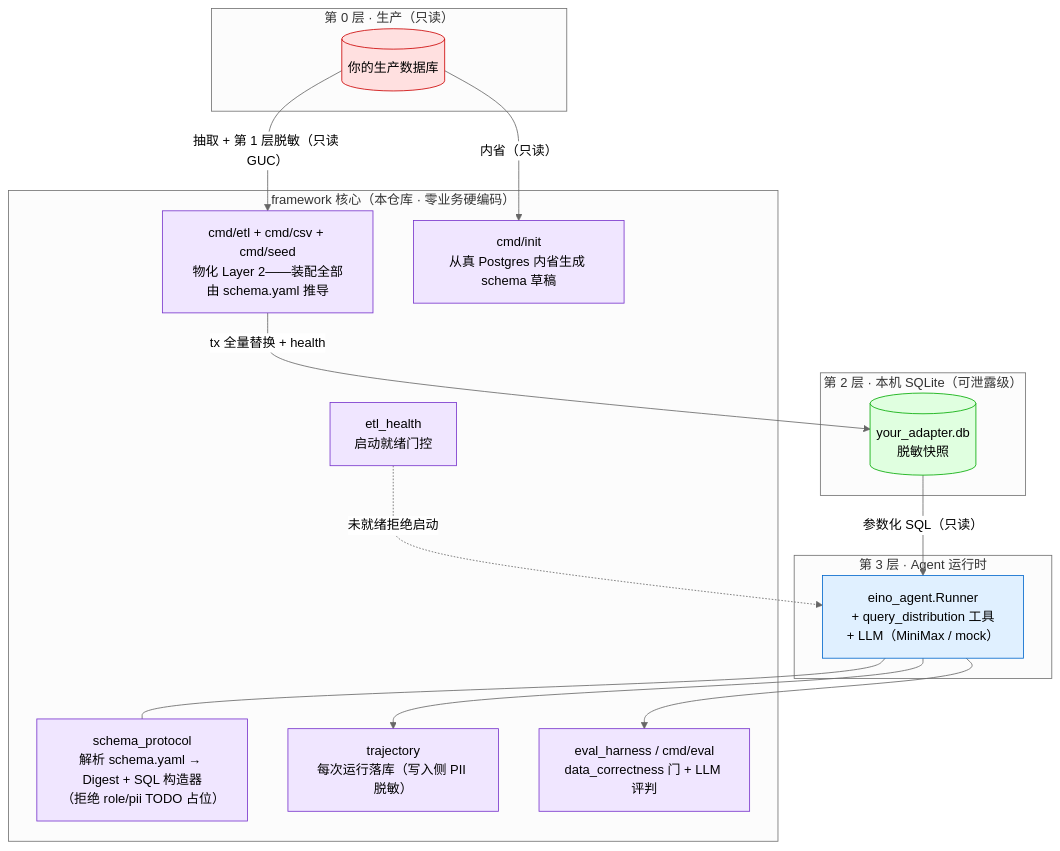
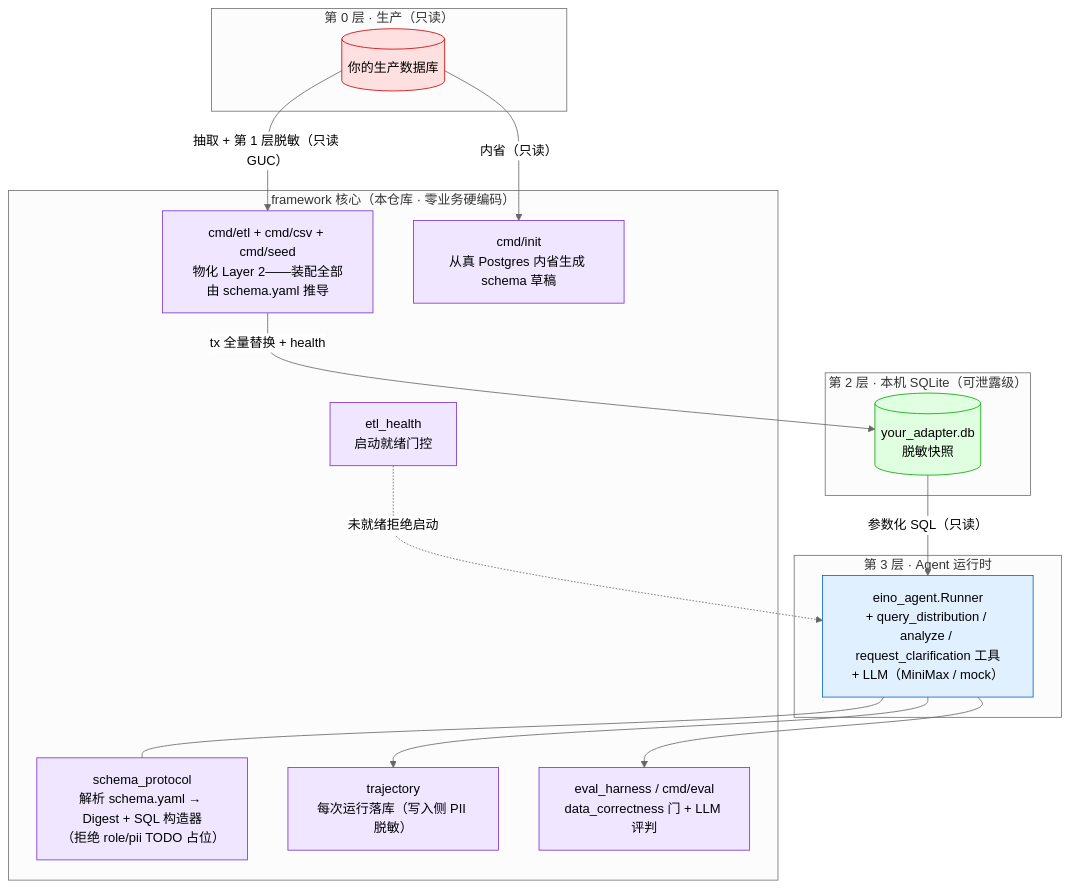
The diagram in README.zh-CN.md (RuntianLee/schema-driven-insight-agent), drawn with Mermaid (neutral theme) before and after one commit. The commit also changed other lines of this file and 1 other file, not shown here.

Commit message:
docs: README×2 修正工具面——补 analyze 与 request_clarification，非单工具 (#50)

````diff
--- a/README.zh-CN.md
+++ b/README.zh-CN.md
@@ -51,38 +51,38 @@
 ```mermaid
 flowchart TB
     subgraph L3["第 3 层 · Agent 运行时"]
-        AG["eino_agent.Runner<br/>+ query_distribution 工具<br/>+ LLM（MiniMax / mock）"]
+        AG["eino_agent.Runner<br/>+ query_distribution / analyze / request_clarification 工具<br/>+ LLM（MiniMax / mock）"]
     end
     subgraph CORE["framework 核心（本仓库 · 零业务硬编码）"]
         SP["schema_protocol<br/>解析 schema.yaml → Digest + SQL 构造器<br/>（拒绝 role/pii TODO 占位）"]
         ETL["cmd/etl + cmd/csv + cmd/seed<br/>物化 Layer 2——装配全部由 schema.yaml 推导"]
         INIT["cmd/init<br/>从真 Postgres 内省生成 schema 草稿"]
         HE["etl_health<br/>启动就绪门控"]
         TR["trajectory<br/>每次运行落库（写入侧 PII 脱敏）"]
         EV["eval_harness / cmd/eval<br/>data_correctness 门 + LLM 评判"]
     end
     subgraph L2["第 2 层 · 本机 SQLite（可泄露级）"]
         DB[("your_adapter.db<br/>脱敏快照")]
     end
     subgraph L0["第 0 层 · 生产（只读）"]
         PG[("你的生产数据库")]
     end
 
     PG -->|"内省（只读）"| INIT
     PG -->|"抽取 + 第 1 层脱敏（只读 GUC）"| ETL
     ETL -->|"tx 全量替换 + health"| DB
     DB -->|"参数化 SQL（只读）"| AG
     HE -.->|"未就绪拒绝启动"| AG
     AG --- SP
     AG --> TR
     AG --> EV
 
     classDef prod fill:#ffe0e0,stroke:#c00;
     classDef safe fill:#e0ffe0,stroke:#0a0;
     classDef agent fill:#e0f0ff,stroke:#06c;
     classDef core fill:#f0e6ff,stroke:#73c;
     class PG prod;
     class DB safe;
     class AG agent;
     class SP,ETL,INIT,HE,TR,EV core;
 ```
````
